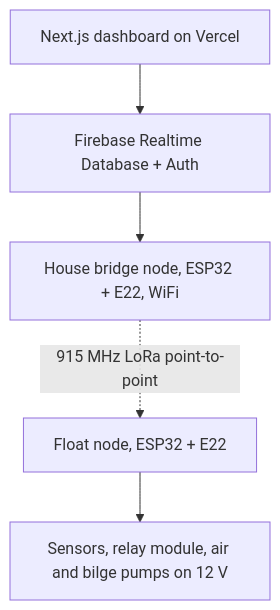
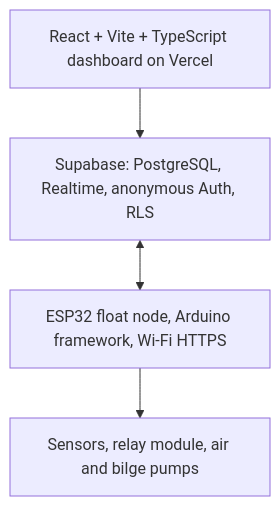
One commit to MJDemotica/SALIMANGO changed the diagram in docs/STACKS.md. Above: the diagram before and after it, drawn with Mermaid. The commit also changed other lines of this file and 18 other files, not shown here.

````diff
--- a/docs/STACKS.md
+++ b/docs/STACKS.md
@@ -9,7 +9,6 @@
 ```mermaid
 flowchart TB
-    N1["Next.js dashboard on Vercel"] --> F1["Firebase Realtime Database + Auth"]
-    F1 --> B1["House bridge node, ESP32 + E22, WiFi"]
-    B1 -. "915 MHz LoRa point-to-point" .-> N2["Float node, ESP32 + E22"]
-    N2 --> H1["Sensors, relay module, air and bilge pumps on 12 V"]
+    N1["React + Vite + TypeScript dashboard on Vercel"] --> F1["Supabase: PostgreSQL, Realtime, anonymous Auth, RLS"]
+    F1 <--> N2["ESP32 float node, Arduino framework, Wi-Fi HTTPS"]
+    N2 --> H1["Sensors, relay module, air and bilge pumps"]
 ```
````
